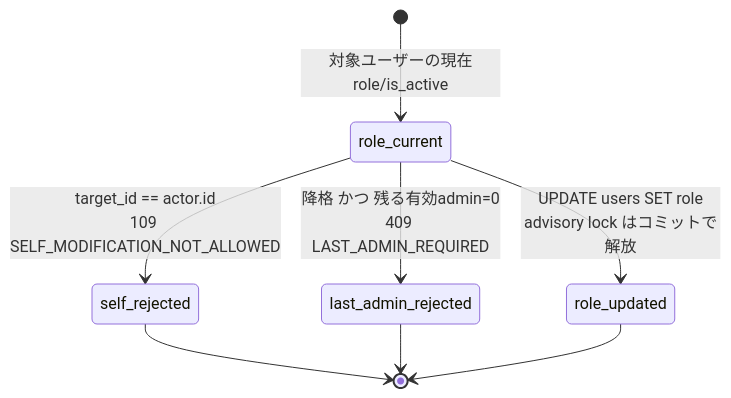
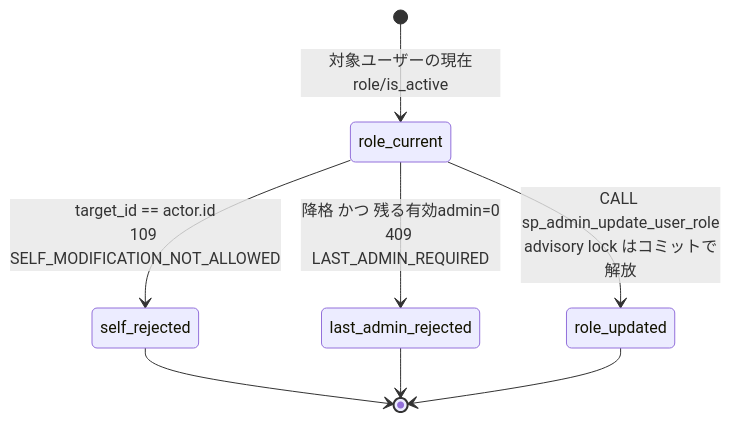
Before and after one commit to oikawa-d/task_management: the fourth of 4 diagrams in detailed_design/api/admin/02_patch_admin_user_role.md, drawn with Mermaid. The commit also changed other lines of this file and 58 other files, not shown here.

````diff
--- a/detailed_design/api/admin/02_patch_admin_user_role.md
+++ b/detailed_design/api/admin/02_patch_admin_user_role.md
@@ -246,10 +245,10 @@
 ```mermaid
 stateDiagram-v2
     [*] --> role_current: 対象ユーザーの現在role/is_active
     role_current --> self_rejected: target_id == actor.id<br/>109 SELF_MODIFICATION_NOT_ALLOWED
     role_current --> last_admin_rejected: 降格 かつ 残る有効admin=0<br/>409 LAST_ADMIN_REQUIRED
-    role_current --> role_updated: UPDATE users SET role<br/>advisory lock はコミットで解放
+    role_current --> role_updated: CALL sp_admin_update_user_role<br/>advisory lock はコミットで解放
     self_rejected --> [*]
     last_admin_rejected --> [*]
     role_updated --> [*]
 ```
````
